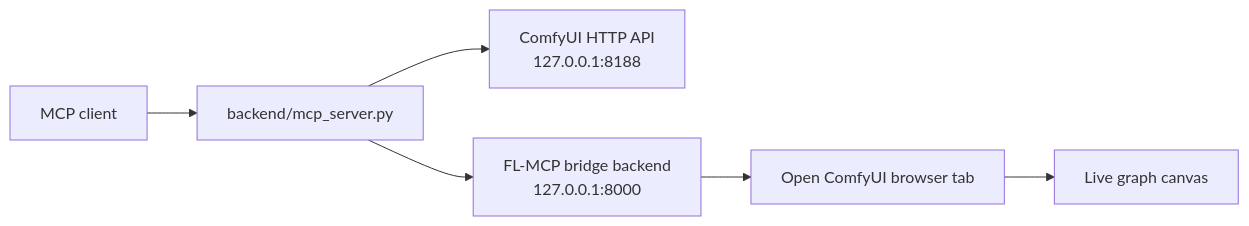
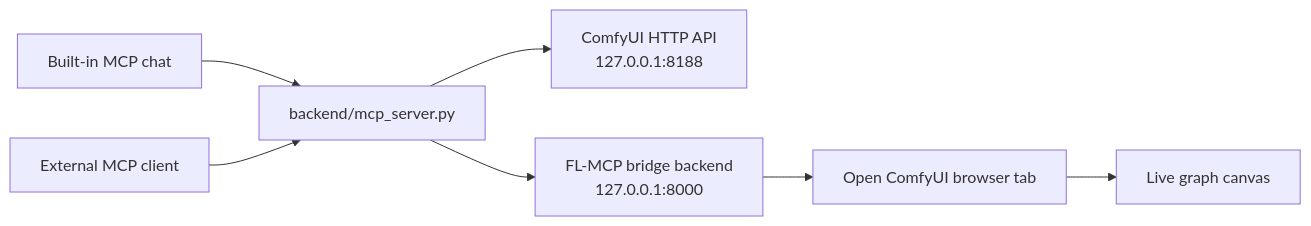
The diagram in README.md (filliptm/ComfyUI_FL-MCP), drawn with Mermaid before and after one commit. The commit also changed other lines of this file and 45 other files, not shown here.

Commit message:
Restore built-in MCP chat and subscription providers

````diff
--- a/README.md
+++ b/README.md
@@ -23,8 +24,9 @@
 ```mermaid
 flowchart LR
-    A[MCP client] --> B[backend/mcp_server.py]
+    A[Built-in MCP chat] --> B[backend/mcp_server.py]
+    G[External MCP client] --> B
     B --> C[ComfyUI HTTP API<br/>127.0.0.1:8188]
     B --> D[FL-MCP bridge backend<br/>127.0.0.1:8000]
     D --> E[Open ComfyUI browser tab]
     E --> F[Live graph canvas]
 ```
````
